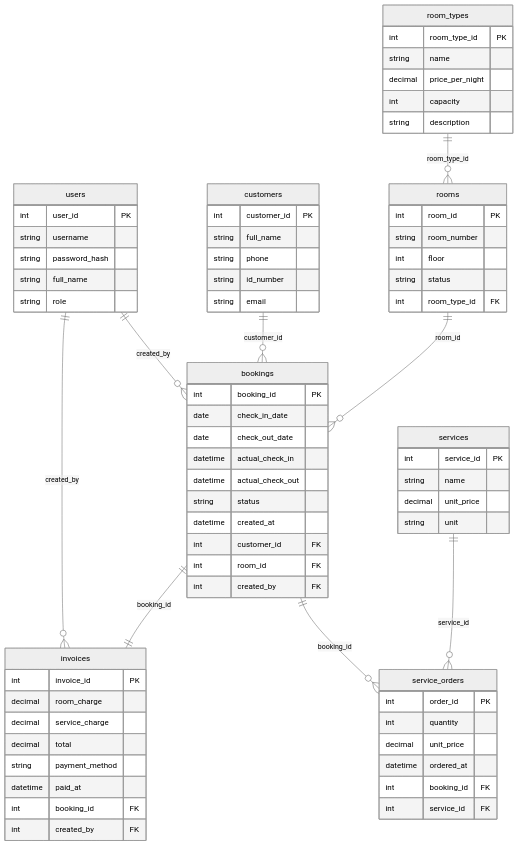
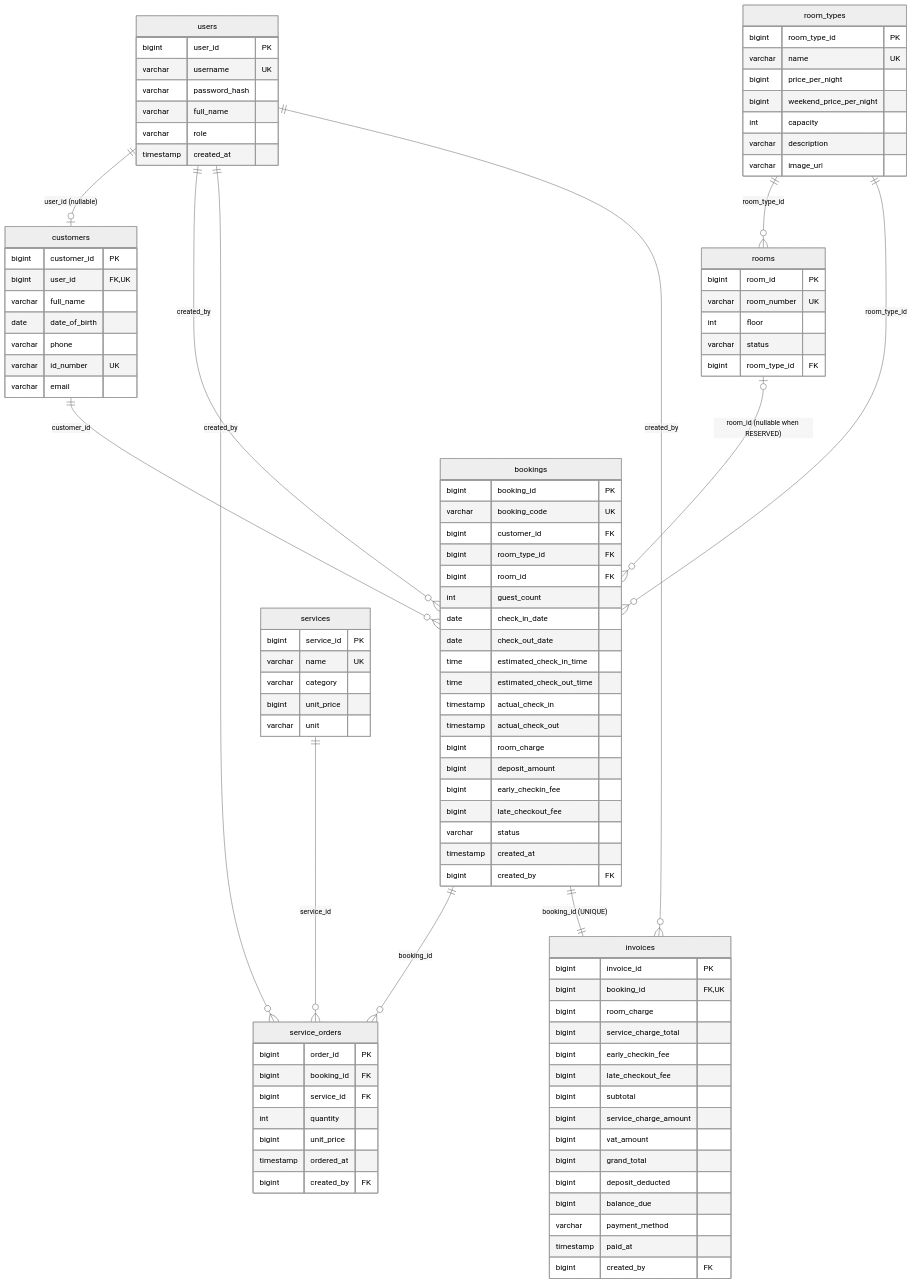
The second of 2 diagrams in docs/06-tai-lieu-ky-thuat.md (dangkhoa040706-design/ACE), drawn with Mermaid (neutral theme) before and after one commit. The commit also changed other lines of this file and 193 other files, not shown here.

````diff
--- a/docs/06-tai-lieu-ky-thuat.md
+++ b/docs/06-tai-lieu-ky-thuat.md
@@ -37,59 +148,102 @@
 ```mermaid
 erDiagram
+    users ||--o| customers : "user_id (nullable)"
     users ||--o{ bookings : "created_by"
+    users ||--o{ service_orders : "created_by"
     users ||--o{ invoices : "created_by"
+    room_types ||--o{ rooms : "room_type_id"
+    room_types ||--o{ bookings : "room_type_id"
+    rooms |o--o{ bookings : "room_id (nullable when RESERVED)"
     customers ||--o{ bookings : "customer_id"
-    rooms ||--o{ bookings : "room_id"
-    room_types ||--o{ rooms : "room_type_id"
     bookings ||--o{ service_orders : "booking_id"
     services ||--o{ service_orders : "service_id"
-    bookings ||--|| invoices : "booking_id"
-    users { int user_id PK
-            string username
-            string password_hash
-            string full_name
-            string role }
-    room_types { int room_type_id PK
-            string name
-            decimal price_per_night
-            int capacity
-            string description }
-    rooms { int room_id PK
-            string room_number
-            int floor
-            string status
-            int room_type_id FK }
-    customers { int customer_id PK
-            string full_name
-            string phone
-            string id_number
-            string email }
-    bookings { int booking_id PK
-            date check_in_date
-            date check_out_date
-            datetime actual_check_in
-            datetime actual_check_out
-            string status
-            datetime created_at
-            int customer_id FK
-            int room_id FK
-            int created_by FK }
-    services { int service_id PK
-            string name
-            decimal unit_price
-            string unit }
-    service_orders { int order_id PK
-            int quantity
-            decimal unit_price
-            datetime ordered_at
-            int booking_id FK
-            int service_id FK }
-    invoices { int invoice_id PK
-            decimal room_charge
-            decimal service_charge
-            decimal total
-            string payment_method
-            datetime paid_at
-            int booking_id FK
-            int created_by FK }
+    bookings ||--|| invoices : "booking_id (UNIQUE)"
+
+    users {
+        bigint user_id PK
+        varchar username UK
+        varchar password_hash
+        varchar full_name
+        varchar role
+        timestamp created_at
+    }
+    room_types {
+        bigint room_type_id PK
+        varchar name UK
+        bigint price_per_night
+        bigint weekend_price_per_night
+        int capacity
+        varchar description
+        varchar image_url
+    }
+    rooms {
+        bigint room_id PK
+        varchar room_number UK
+        int floor
+        varchar status
+        bigint room_type_id FK
+    }
+    customers {
+        bigint customer_id PK
+        bigint user_id FK,UK
+        varchar full_name
+        date date_of_birth
+        varchar phone
+        varchar id_number UK
+        varchar email
+    }
+    bookings {
+        bigint booking_id PK
+        varchar booking_code UK
+        bigint customer_id FK
+        bigint room_type_id FK
+        bigint room_id FK
+        int guest_count
+        date check_in_date
+        date check_out_date
+        time estimated_check_in_time
+        time estimated_check_out_time
+        timestamp actual_check_in
+        timestamp actual_check_out
+        bigint room_charge
+        bigint deposit_amount
+        bigint early_checkin_fee
+        bigint late_checkout_fee
+        varchar status
+        timestamp created_at
+        bigint created_by FK
+    }
+    services {
+        bigint service_id PK
+        varchar name UK
+        varchar category
+        bigint unit_price
+        varchar unit
+    }
+    service_orders {
+        bigint order_id PK
+        bigint booking_id FK
+        bigint service_id FK
+        int quantity
+        bigint unit_price
+        timestamp ordered_at
+        bigint created_by FK
+    }
+    invoices {
+        bigint invoice_id PK
+        bigint booking_id FK,UK
+        bigint room_charge
+        bigint service_charge_total
+        bigint early_checkin_fee
+        bigint late_checkout_fee
+        bigint subtotal
+        bigint service_charge_amount
+        bigint vat_amount
+        bigint grand_total
+        bigint deposit_deducted
+        bigint balance_due
+        varchar payment_method
+        timestamp paid_at
+        bigint created_by FK
+    }
 ```
````
